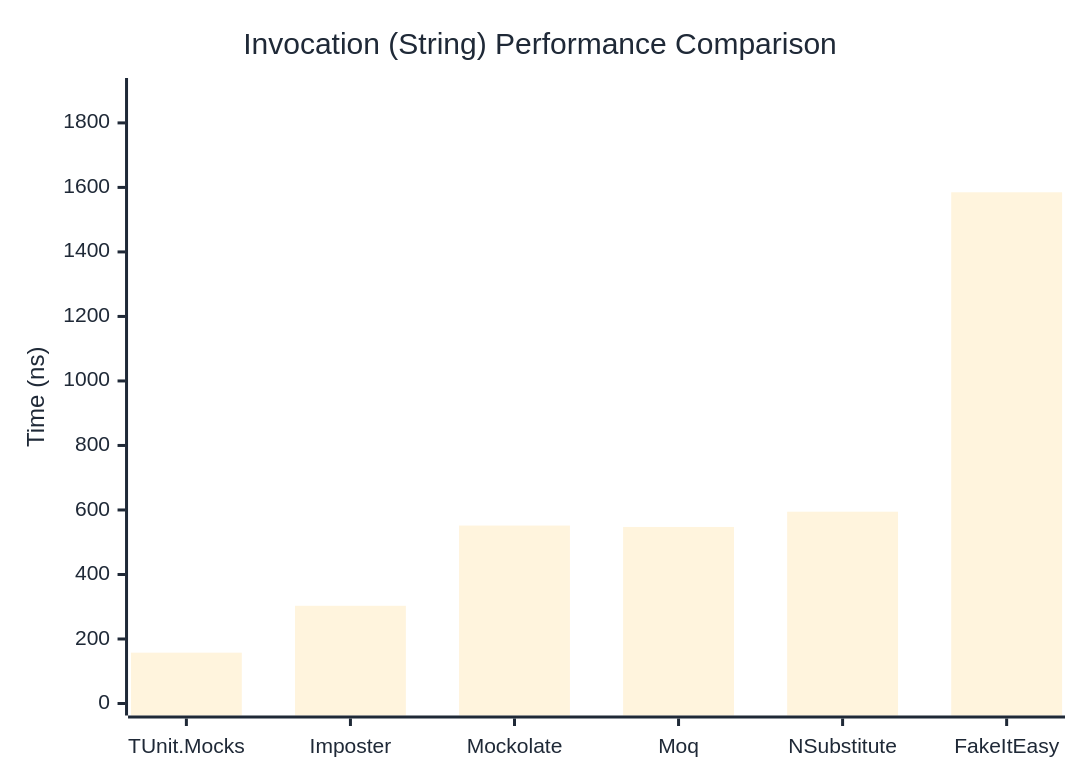
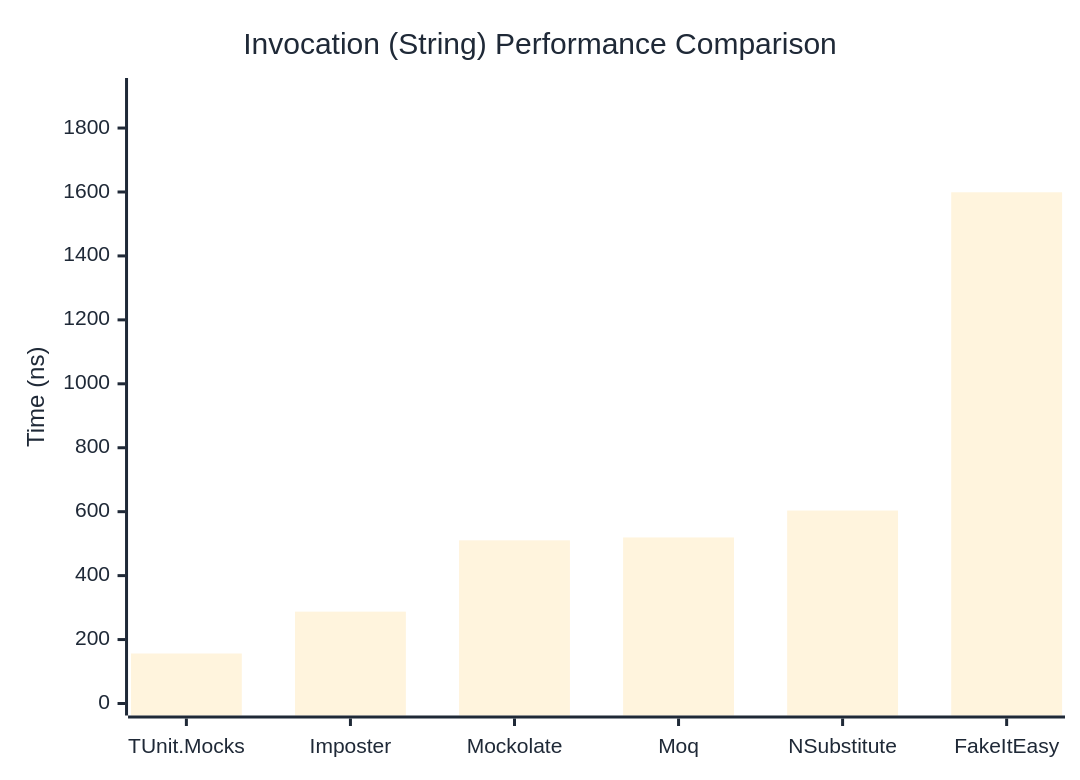
The second of 3 diagrams in docs/docs/benchmarks/mocks/Invocation.md (thomhurst/TUnit), drawn with Mermaid before and after one commit. The commit also changed other lines of this file and 14 other files, not shown here.

````diff
--- a/docs/docs/benchmarks/mocks/Invocation.md
+++ b/docs/docs/benchmarks/mocks/Invocation.md
@@ -69,27 +69,27 @@
 ```mermaid
 %%{init: {
   'theme':'base',
   'themeVariables': {
     'primaryColor': '#2563eb',
     'primaryTextColor': '#1f2937',
     'primaryBorderColor': '#1e40af',
     'lineColor': '#6b7280',
     'secondaryColor': '#7c3aed',
     'tertiaryColor': '#dc2626',
     'background': '#ffffff',
     'pie1': '#2563eb',
     'pie2': '#7c3aed',
     'pie3': '#dc2626',
     'pie4': '#f59e0b',
     'pie5': '#10b981',
     'pie6': '#06b6d4',
     'pie7': '#ec4899',
     'pie8': '#6366f1'
   }
 }}%%
 xychart-beta
   title "Invocation (String) Performance Comparison"
   x-axis ["TUnit.Mocks", "Imposter", "Mockolate", "Moq", "NSubstitute", "FakeItEasy"]
-  y-axis "Time (ns)" 0 --> 1902
-  bar [157.6, 302.9, 551.7, 547.3, 594.6, 1584.9]
+  y-axis "Time (ns)" 0 --> 1919
+  bar [156.4, 287.3, 510.4, 519.4, 603.6, 1599.1]
 ```
````
